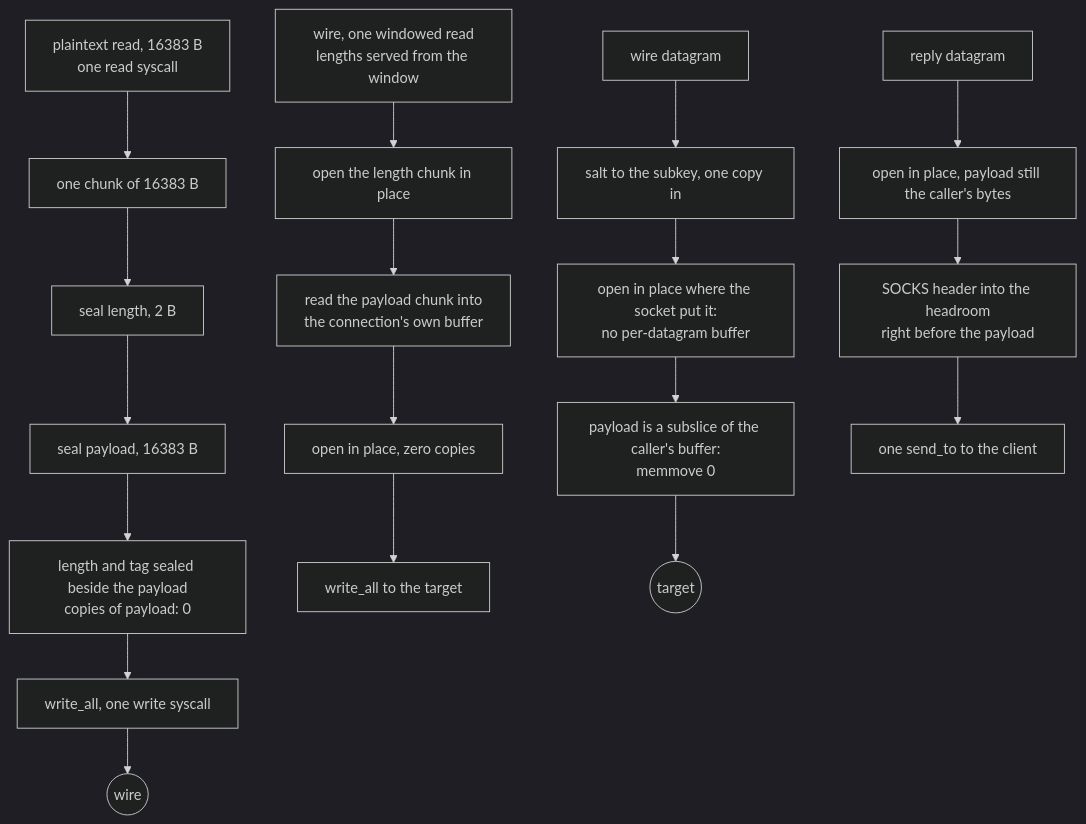
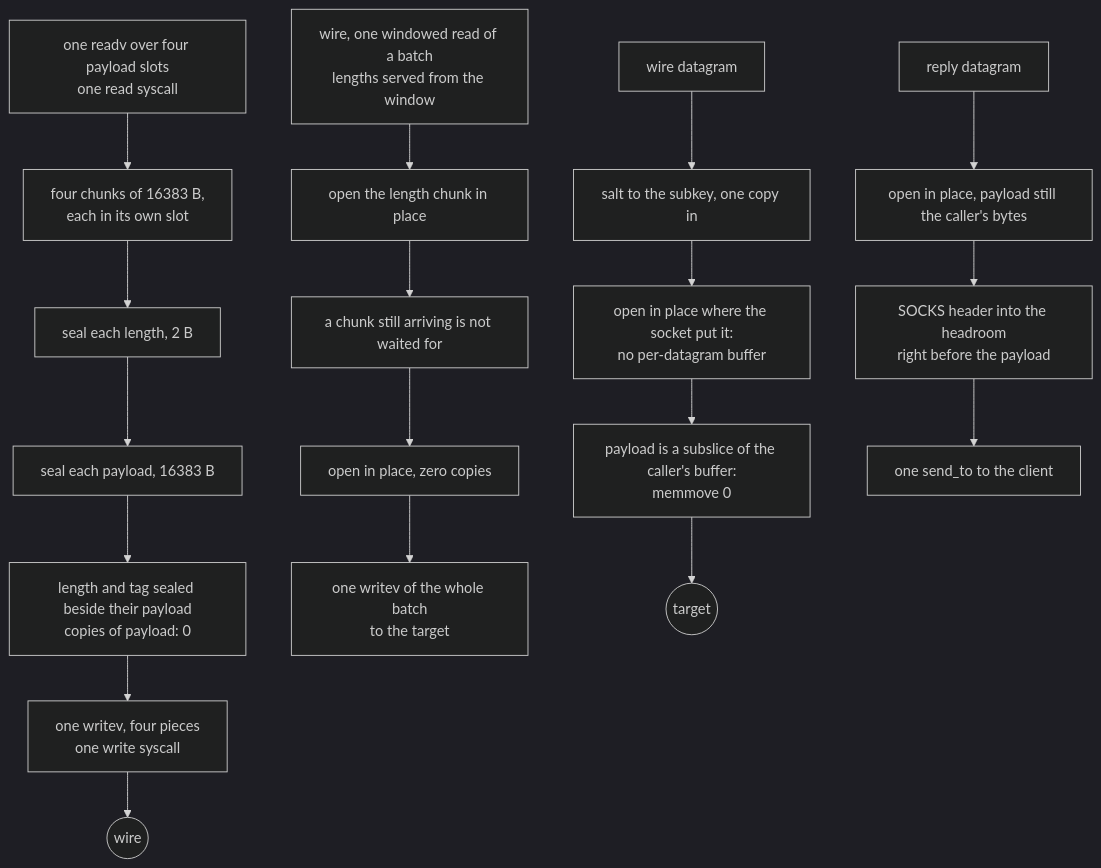
One commit to Ferrocite/ferrox changed the first of 2 diagrams in docs/function/shadowsocks.md. Above: the diagram before and after it, drawn with Mermaid (dark theme). The commit also changed other lines of this file and 3 other files, not shown here.

First line of the commit message:
shadowsocks: batch four AEAD chunks per relay read, so the rung pays one readv and one writev

````diff
--- a/docs/function/shadowsocks.md
+++ b/docs/function/shadowsocks.md
@@ -31,20 +47,20 @@
 ```mermaid
 graph TD
-    A["plaintext read, 16383 B<br/>one read syscall"] --> B["one chunk of 16383 B"]
-    B --> C1["seal length, 2 B"]
-    C1 --> C2["seal payload, 16383 B"]
-    C2 --> E["length and tag sealed beside the payload<br/>copies of payload: 0"]
-    E --> F["write_all, one write syscall"]
+    A["one readv over four payload slots<br/>one read syscall"] --> B["four chunks of 16383 B,<br/>each in its own slot"]
+    B --> C1["seal each length, 2 B"]
+    C1 --> C2["seal each payload, 16383 B"]
+    C2 --> E["length and tag sealed beside their payload<br/>copies of payload: 0"]
+    E --> F["one writev, four pieces<br/>one write syscall"]
     F --> G(("wire"))
-    H["wire, one windowed read<br/>lengths served from the window"] --> I["open the length chunk in place"]
-    I --> J["read the payload chunk into<br/>the connection's own buffer"]
+    H["wire, one windowed read of a batch<br/>lengths served from the window"] --> I["open the length chunk in place"]
+    I --> J["a chunk still arriving is not waited for"]
     J --> K["open in place, zero copies"]
-    K --> L["write_all to the target"]
+    K --> L["one writev of the whole batch<br/>to the target"]
     M["wire datagram"] --> N["salt to the subkey, one copy in"]
     N --> O["open in place where the socket put it:<br/>no per-datagram buffer"]
     O --> P["payload is a subslice of the caller's buffer:<br/>memmove 0"]
     P --> Q(("target"))
     R["reply datagram"] --> S["open in place, payload still the caller's bytes"]
     S --> T["SOCKS header into the headroom<br/>right before the payload"]
     T --> U["one send_to to the client"]
 ```
````
